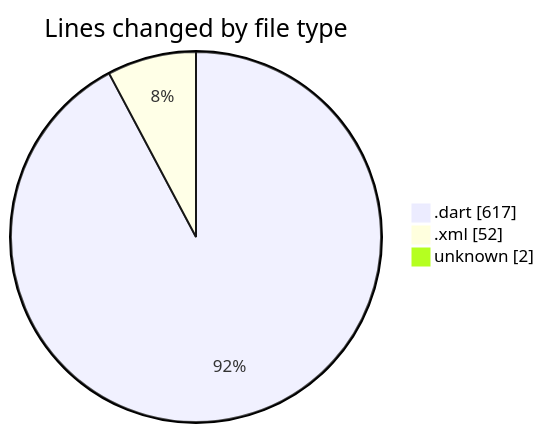
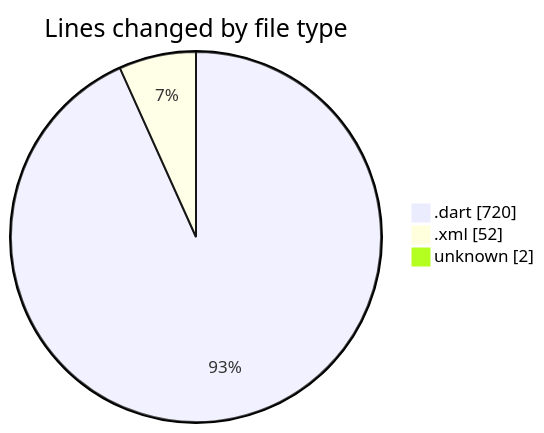
The first of 2 diagrams in 2025-01-26/trackers_app/README.md (donsfak/code-tracking), drawn with Mermaid before and after one commit. The commit also changed other lines of this file and 1 other file, not shown here.

````diff
--- a/2025-01-26/trackers_app/README.md
+++ b/2025-01-26/trackers_app/README.md
@@ -27,7 +28,7 @@
 ```mermaid
 pie showData
 title Lines changed by file type
-".dart" : 617
+".dart" : 720
 ".xml" : 52
 "unknown" : 2
 ```
````
